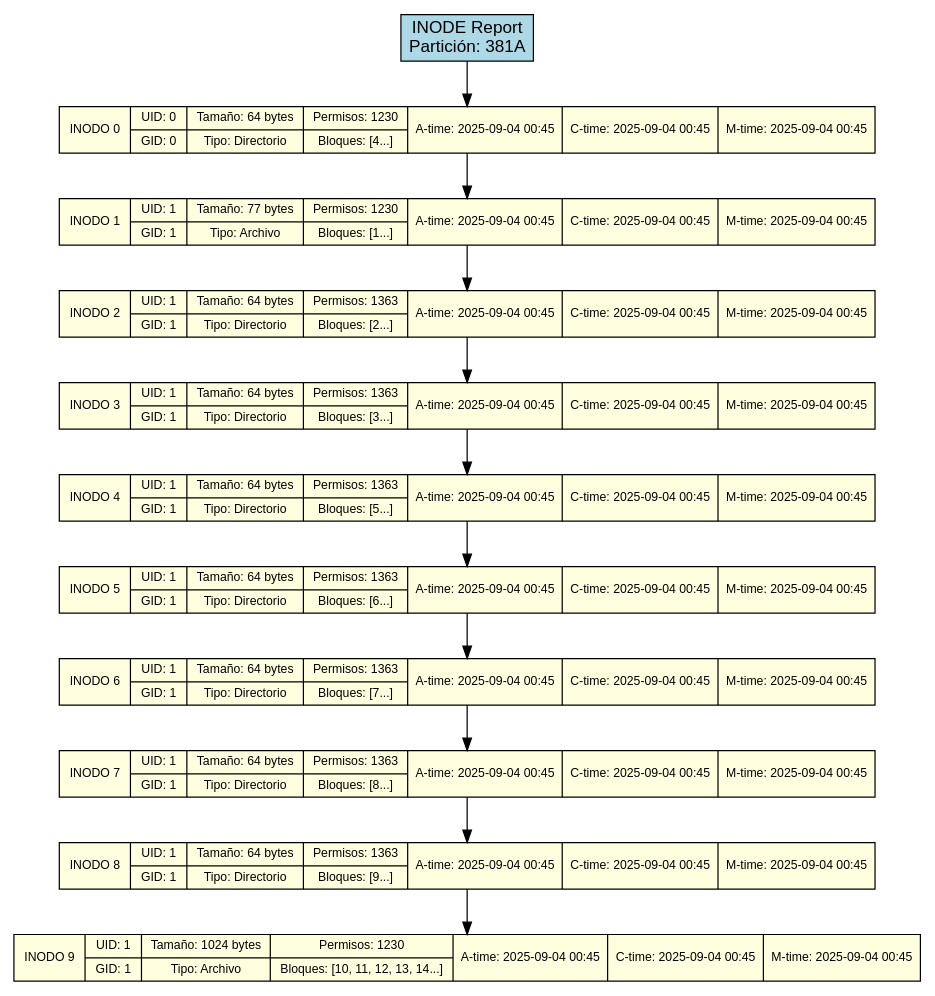
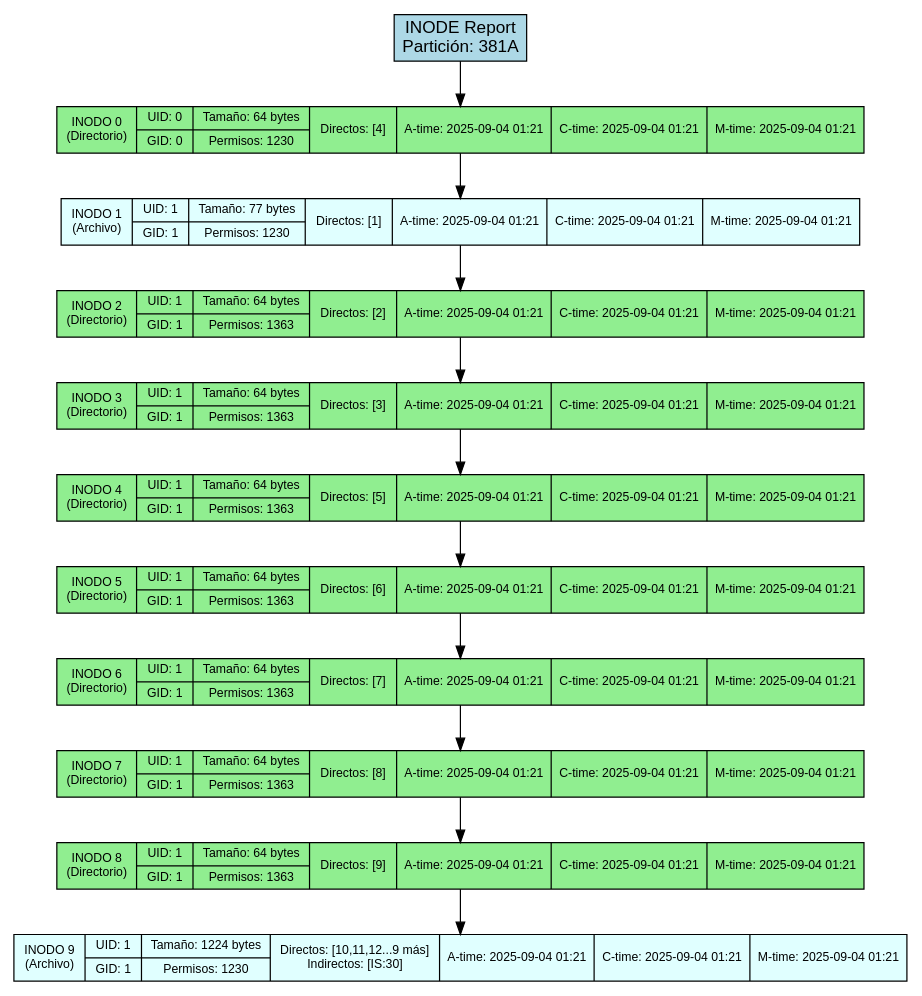
One commit to DiegVas/MIA_2S2025_P1_202300638 changed the diagram in backend/provider/reports/src/inode_381A.dot. Above: the diagram before and after it, drawn with Graphviz. The commit also changed 9 other files, not shown here.

```diff
--- a/backend/provider/reports/src/inode_381A.dot
+++ b/backend/provider/reports/src/inode_381A.dot
@@ -1,32 +1,32 @@
 digraph Inode_Report {
     rankdir=TB;
     node [shape=record, style=filled];
     graph [fontname="Arial", fontsize=12];
     node [fontname="Arial", fontsize=10];
     edge [fontname="Arial"];
 
     title [label="INODE Report\nPartición: 381A", fillcolor=lightblue, fontsize=14];
 
-    inode_0 [label="INODO 0|{UID: 0|GID: 0}|{Tamaño: 64 bytes|Tipo: Directorio}|{Permisos: 1230|Bloques: [4...]}|{A-time: 2025-09-04 00:45}|{C-time: 2025-09-04 00:45}|{M-time: 2025-09-04 00:45}", fillcolor=lightyellow];
-    inode_1 [label="INODO 1|{UID: 1|GID: 1}|{Tamaño: 77 bytes|Tipo: Archivo}|{Permisos: 1230|Bloques: [1...]}|{A-time: 2025-09-04 00:45}|{C-time: 2025-09-04 00:45}|{M-time: 2025-09-04 00:45}", fillcolor=lightyellow];
-    inode_2 [label="INODO 2|{UID: 1|GID: 1}|{Tamaño: 64 bytes|Tipo: Directorio}|{Permisos: 1363|Bloques: [2...]}|{A-time: 2025-09-04 00:45}|{C-time: 2025-09-04 00:45}|{M-time: 2025-09-04 00:45}", fillcolor=lightyellow];
-    inode_3 [label="INODO 3|{UID: 1|GID: 1}|{Tamaño: 64 bytes|Tipo: Directorio}|{Permisos: 1363|Bloques: [3...]}|{A-time: 2025-09-04 00:45}|{C-time: 2025-09-04 00:45}|{M-time: 2025-09-04 00:45}", fillcolor=lightyellow];
-    inode_4 [label="INODO 4|{UID: 1|GID: 1}|{Tamaño: 64 bytes|Tipo: Directorio}|{Permisos: 1363|Bloques: [5...]}|{A-time: 2025-09-04 00:45}|{C-time: 2025-09-04 00:45}|{M-time: 2025-09-04 00:45}", fillcolor=lightyellow];
-    inode_5 [label="INODO 5|{UID: 1|GID: 1}|{Tamaño: 64 bytes|Tipo: Directorio}|{Permisos: 1363|Bloques: [6...]}|{A-time: 2025-09-04 00:45}|{C-time: 2025-09-04 00:45}|{M-time: 2025-09-04 00:45}", fillcolor=lightyellow];
-    inode_6 [label="INODO 6|{UID: 1|GID: 1}|{Tamaño: 64 bytes|Tipo: Directorio}|{Permisos: 1363|Bloques: [7...]}|{A-time: 2025-09-04 00:45}|{C-time: 2025-09-04 00:45}|{M-time: 2025-09-04 00:45}", fillcolor=lightyellow];
-    inode_7 [label="INODO 7|{UID: 1|GID: 1}|{Tamaño: 64 bytes|Tipo: Directorio}|{Permisos: 1363|Bloques: [8...]}|{A-time: 2025-09-04 00:45}|{C-time: 2025-09-04 00:45}|{M-time: 2025-09-04 00:45}", fillcolor=lightyellow];
-    inode_8 [label="INODO 8|{UID: 1|GID: 1}|{Tamaño: 64 bytes|Tipo: Directorio}|{Permisos: 1363|Bloques: [9...]}|{A-time: 2025-09-04 00:45}|{C-time: 2025-09-04 00:45}|{M-time: 2025-09-04 00:45}", fillcolor=lightyellow];
-    inode_9 [label="INODO 9|{UID: 1|GID: 1}|{Tamaño: 1024 bytes|Tipo: Archivo}|{Permisos: 1230|Bloques: [10, 11, 12, 13, 14...]}|{A-time: 2025-09-04 00:45}|{C-time: 2025-09-04 00:45}|{M-time: 2025-09-04 00:45}", fillcolor=lightyellow];
+    inode_0 [label="INODO 0\n(Directorio)|{UID: 0 | GID: 0}|{Tamaño: 64 bytes | Permisos: 1230}|{Directos: [4]}|{A-time: 2025-09-04 01:21}|{C-time: 2025-09-04 01:21}|{M-time: 2025-09-04 01:21}", fillcolor=lightgreen];
+    inode_1 [label="INODO 1\n(Archivo)|{UID: 1 | GID: 1}|{Tamaño: 77 bytes | Permisos: 1230}|{Directos: [1]}|{A-time: 2025-09-04 01:21}|{C-time: 2025-09-04 01:21}|{M-time: 2025-09-04 01:21}", fillcolor=lightcyan];
+    inode_2 [label="INODO 2\n(Directorio)|{UID: 1 | GID: 1}|{Tamaño: 64 bytes | Permisos: 1363}|{Directos: [2]}|{A-time: 2025-09-04 01:21}|{C-time: 2025-09-04 01:21}|{M-time: 2025-09-04 01:21}", fillcolor=lightgreen];
+    inode_3 [label="INODO 3\n(Directorio)|{UID: 1 | GID: 1}|{Tamaño: 64 bytes | Permisos: 1363}|{Directos: [3]}|{A-time: 2025-09-04 01:21}|{C-time: 2025-09-04 01:21}|{M-time: 2025-09-04 01:21}", fillcolor=lightgreen];
+    inode_4 [label="INODO 4\n(Directorio)|{UID: 1 | GID: 1}|{Tamaño: 64 bytes | Permisos: 1363}|{Directos: [5]}|{A-time: 2025-09-04 01:21}|{C-time: 2025-09-04 01:21}|{M-time: 2025-09-04 01:21}", fillcolor=lightgreen];
+    inode_5 [label="INODO 5\n(Directorio)|{UID: 1 | GID: 1}|{Tamaño: 64 bytes | Permisos: 1363}|{Directos: [6]}|{A-time: 2025-09-04 01:21}|{C-time: 2025-09-04 01:21}|{M-time: 2025-09-04 01:21}", fillcolor=lightgreen];
+    inode_6 [label="INODO 6\n(Directorio)|{UID: 1 | GID: 1}|{Tamaño: 64 bytes | Permisos: 1363}|{Directos: [7]}|{A-time: 2025-09-04 01:21}|{C-time: 2025-09-04 01:21}|{M-time: 2025-09-04 01:21}", fillcolor=lightgreen];
+    inode_7 [label="INODO 7\n(Directorio)|{UID: 1 | GID: 1}|{Tamaño: 64 bytes | Permisos: 1363}|{Directos: [8]}|{A-time: 2025-09-04 01:21}|{C-time: 2025-09-04 01:21}|{M-time: 2025-09-04 01:21}", fillcolor=lightgreen];
+    inode_8 [label="INODO 8\n(Directorio)|{UID: 1 | GID: 1}|{Tamaño: 64 bytes | Permisos: 1363}|{Directos: [9]}|{A-time: 2025-09-04 01:21}|{C-time: 2025-09-04 01:21}|{M-time: 2025-09-04 01:21}", fillcolor=lightgreen];
+    inode_9 [label="INODO 9\n(Archivo)|{UID: 1 | GID: 1}|{Tamaño: 1224 bytes | Permisos: 1230}|{Directos: [10,11,12...9 más]\lIndirectos: [IS:30]}|{A-time: 2025-09-04 01:21}|{C-time: 2025-09-04 01:21}|{M-time: 2025-09-04 01:21}", fillcolor=lightcyan];
 
     // Conexiones de la lista enlazada
     title -> inode_0;
     inode_0 -> inode_1;
     inode_1 -> inode_2;
     inode_2 -> inode_3;
     inode_3 -> inode_4;
     inode_4 -> inode_5;
     inode_5 -> inode_6;
     inode_6 -> inode_7;
     inode_7 -> inode_8;
     inode_8 -> inode_9;
 }
```
